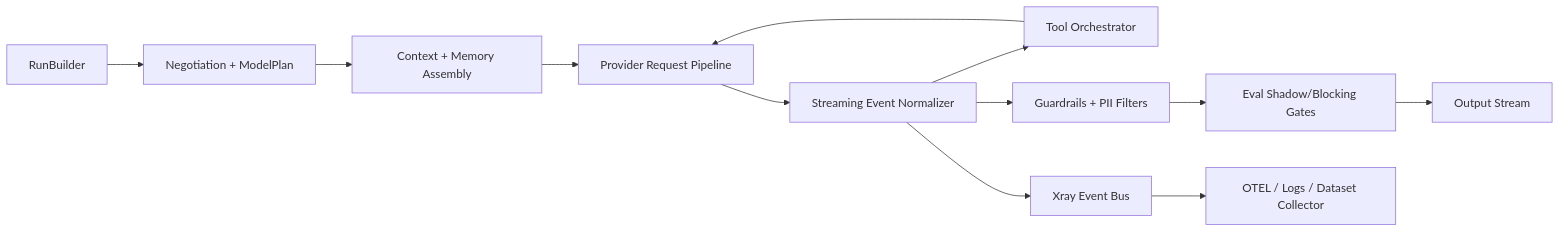
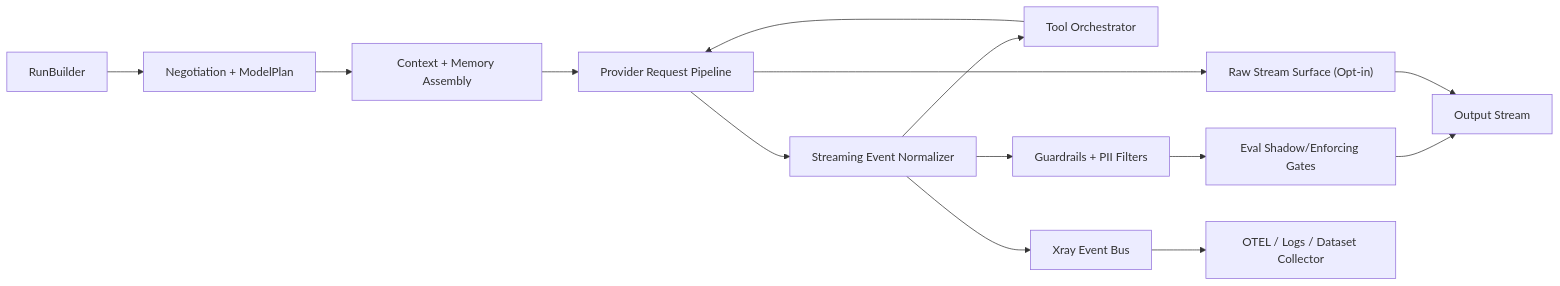
The diagram in docs/ai-harness-api-contract.md (shivam-g10/local-orchestrator), drawn with Mermaid before and after one commit. The commit also changed other lines of this file and 2 other files, not shown here.

````diff
--- a/docs/ai-harness-api-contract.md
+++ b/docs/ai-harness-api-contract.md
@@ -891,14 +965,16 @@
 ```mermaid
 flowchart LR
   A["RunBuilder"] --> B["Negotiation + ModelPlan"]
   B --> C["Context + Memory Assembly"]
   C --> D["Provider Request Pipeline"]
   D --> E["Streaming Event Normalizer"]
+  D --> R["Raw Stream Surface (Opt-in)"]
   E --> F["Tool Orchestrator"]
   F --> D
   E --> G["Guardrails + PII Filters"]
-  G --> H["Eval Shadow/Blocking Gates"]
+  G --> H["Eval Shadow/Enforcing Gates"]
   H --> I["Output Stream"]
+  R --> I
   E --> J["Xray Event Bus"]
   J --> K["OTEL / Logs / Dataset Collector"]
 ```
````
